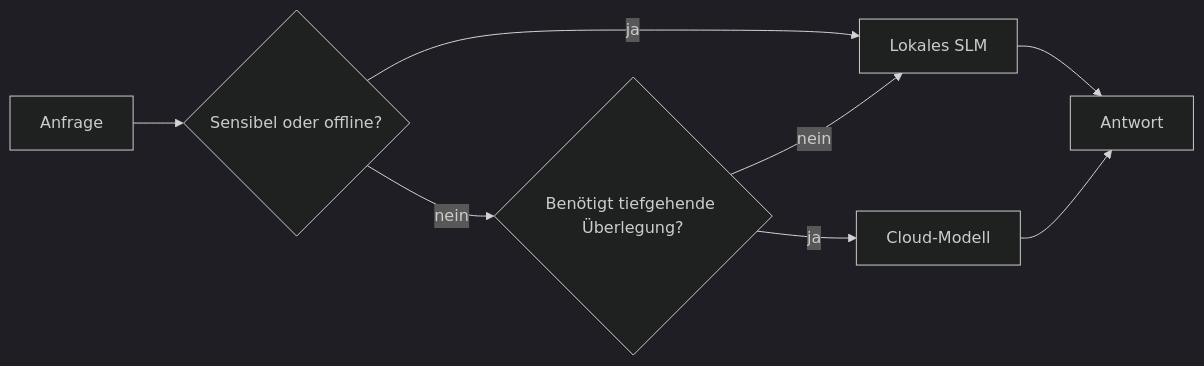
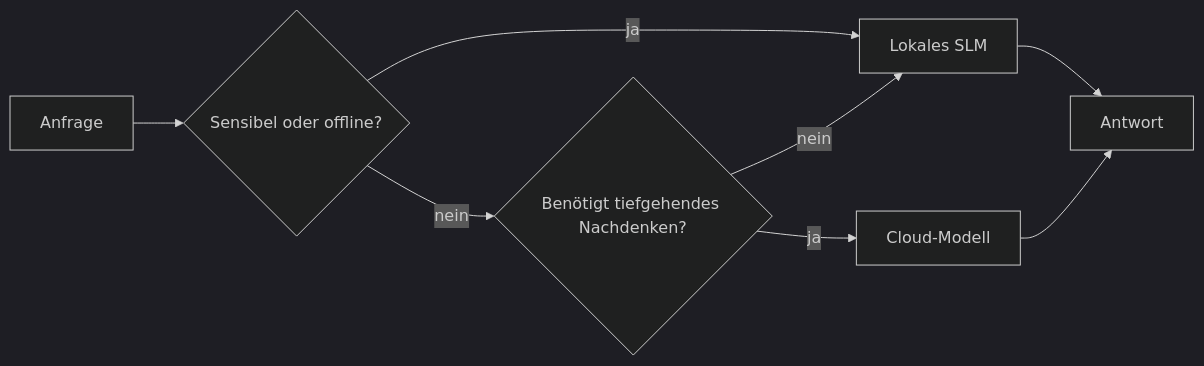
The fourth of 4 diagrams in mirrors/repos/microsoft@ai-agents-for-beginners/translations/de/17-creating-local-ai-agents/README.md (gabrielmoreira/agent-skills-mirror), drawn with Mermaid (dark theme) before and after one commit. The commit also changed other lines of this file and 4262 other files, not shown here.

````diff
--- a/mirrors/repos/microsoft@ai-agents-for-beginners/translations/de/17-creating-local-ai-agents/README.md
+++ b/mirrors/repos/microsoft@ai-agents-for-beginners/translations/de/17-creating-local-ai-agents/README.md
@@ -156,10 +156,10 @@
 ```mermaid
 flowchart LR
     Q[Anfrage] --> S{Sensibel oder offline?}
     S -->|ja| L[Lokales SLM]
-    S -->|nein| C{Benötigt tiefgehende Überlegung?}
+    S -->|nein| C{Benötigt tiefgehendes Nachdenken?}
     C -->|nein| L
     C -->|ja| Cloud[Cloud-Modell]
     L --> Out[Antwort]
     Cloud --> Out
 ```
````
